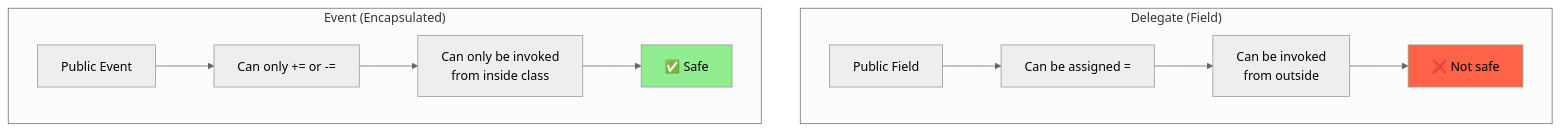
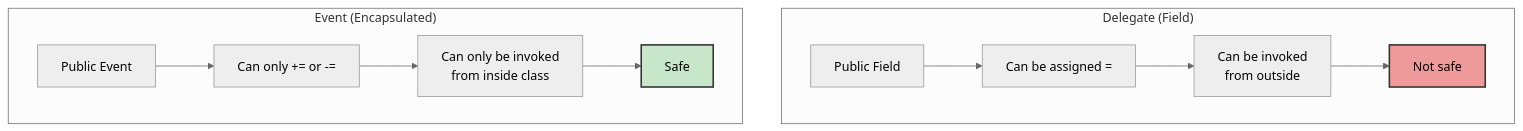
Before and after one commit to NguyenPhamCode4You/ai-home-lab-docker-compose: the seventh of 10 diagrams in C# fundamentals/day03-delegates-events.md, drawn with Mermaid (neutral theme). The commit also changed other lines of this file and 10 other files, not shown here.

````diff
--- a/C# fundamentals/day03-delegates-events.md
+++ b/C# fundamentals/day03-delegates-events.md
@@ -563,17 +563,17 @@
 ```mermaid
 graph TB
     subgraph "Delegate (Field)"
         A1[Public Field] --> A2[Can be assigned =]
         A2 --> A3[Can be invoked<br/>from outside]
-        A3 --> A4[❌ Not safe]
+        A3 --> A4[Not safe]
     end
 
     subgraph "Event (Encapsulated)"
         B1[Public Event] --> B2[Can only += or -=]
         B2 --> B3[Can only be invoked<br/>from inside class]
-        B3 --> B4[✅ Safe]
+        B3 --> B4[Safe]
     end
 
-    style A4 fill:#FF6347
-    style B4 fill:#90EE90
+    style A4 fill:#ef9a9a,stroke:#333,stroke-width:2px
+    style B4 fill:#c8e6c9,stroke:#333,stroke-width:2px
 ```
````
